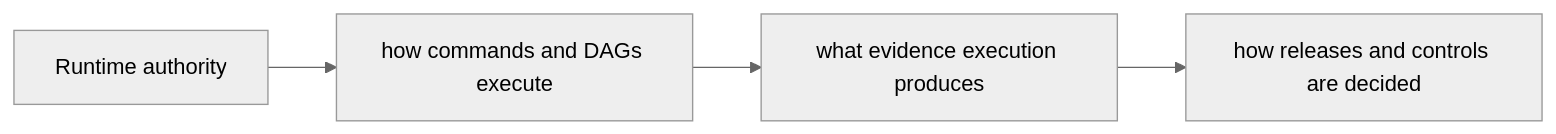
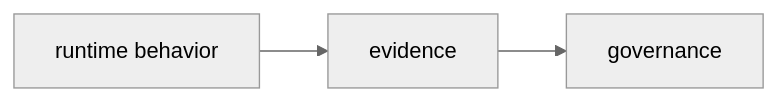
Before and after one commit to bijux/bijux.github.io: the second of 2 diagrams in docs/04-projects/bijux-core/index.md, drawn with Mermaid (neutral theme). The commit also changed other lines of this file and 1 other file, not shown here.

````diff
--- a/docs/04-projects/bijux-core/index.md
+++ b/docs/04-projects/bijux-core/index.md
@@ -67,6 +64,5 @@
 ```mermaid
 graph LR
-    runtime["Runtime authority"] --> execute["how commands and DAGs execute"]
-    execute --> evidence["what evidence execution produces"]
-    evidence --> governance["how releases and controls are decided"]
+    runtime["runtime behavior"] --> evidence["evidence"]
+    evidence --> governance["governance"]
 ```
````
